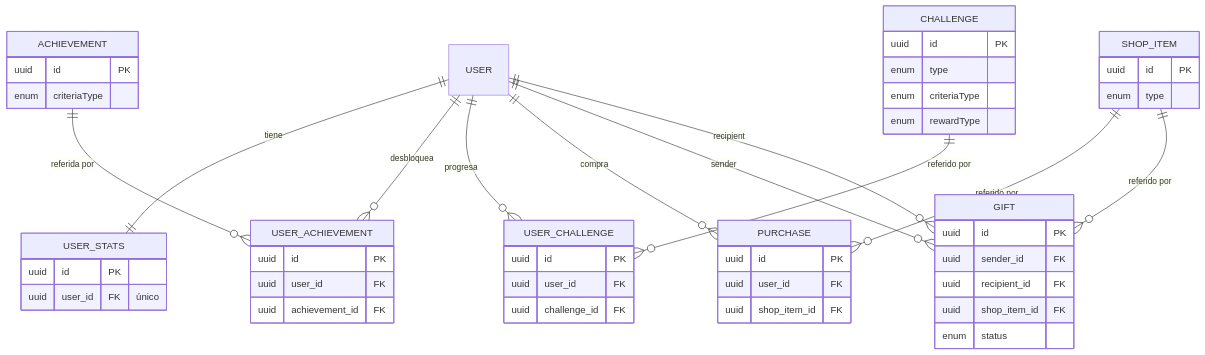
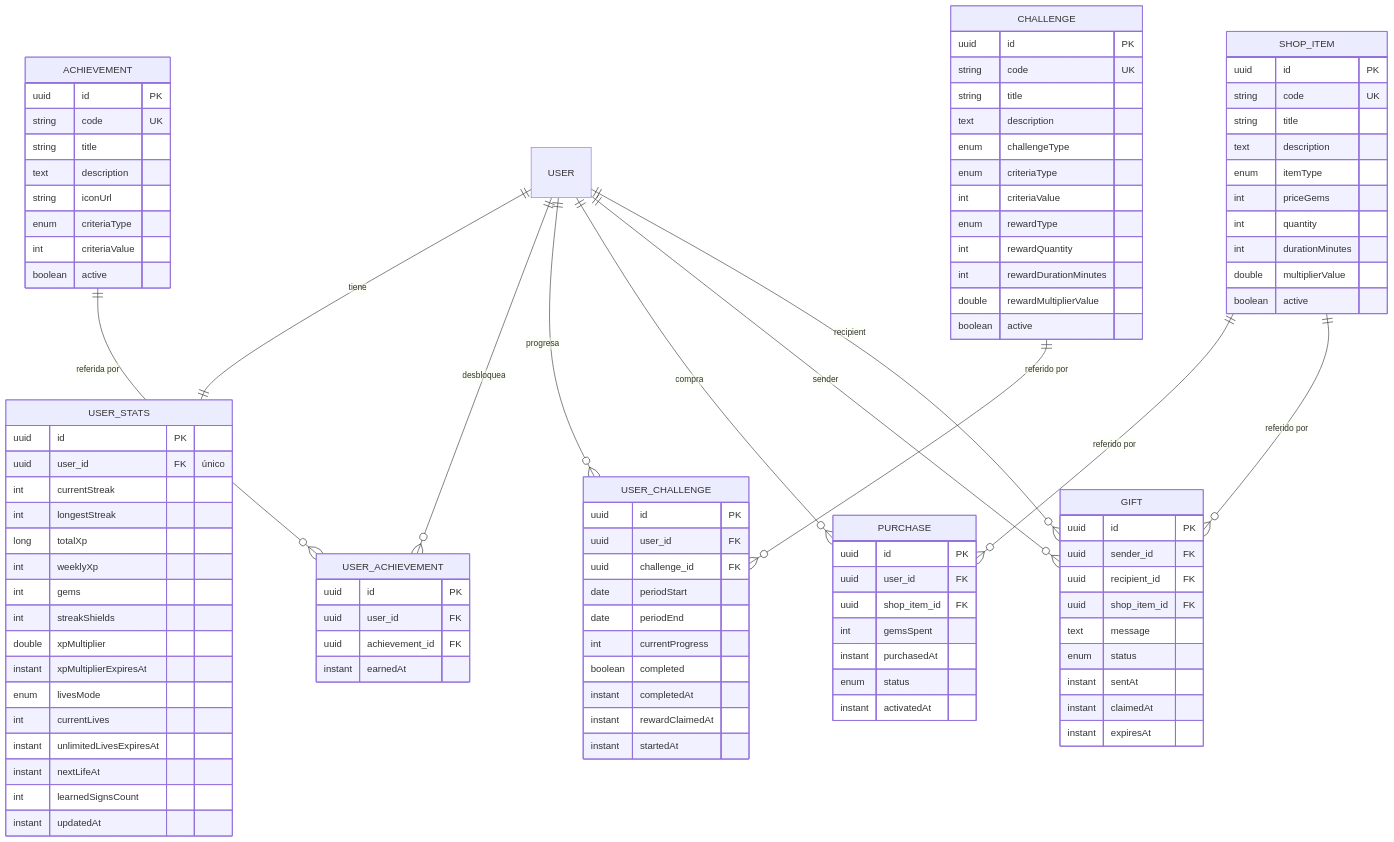
Before and after one commit to signasource/signa-api: the fifth of 6 diagrams in docs/diagrams/er.md, drawn with Mermaid. The commit also changed other lines of this file and 202 other files, not shown here.

````diff
--- a/docs/diagrams/er.md
+++ b/docs/diagrams/er.md
@@ -144,41 +255,93 @@
     USER_STATS {
         uuid id PK
         uuid user_id FK "único"
+        int currentStreak
+        int longestStreak
+        long totalXp
+        int weeklyXp
+        int gems
+        int streakShields
+        double xpMultiplier
+        instant xpMultiplierExpiresAt
+        enum livesMode
+        int currentLives
+        instant unlimitedLivesExpiresAt
+        instant nextLifeAt
+        int learnedSignsCount
+        instant updatedAt
     }
     ACHIEVEMENT {
         uuid id PK
+        string code UK
+        string title
+        text description
+        string iconUrl
         enum criteriaType
+        int criteriaValue
+        boolean active
     }
     USER_ACHIEVEMENT {
         uuid id PK
         uuid user_id FK
         uuid achievement_id FK
+        instant earnedAt
     }
     CHALLENGE {
         uuid id PK
-        enum type
+        string code UK
+        string title
+        text description
+        enum challengeType
         enum criteriaType
+        int criteriaValue
         enum rewardType
+        int rewardQuantity
+        int rewardDurationMinutes
+        double rewardMultiplierValue
+        boolean active
     }
     USER_CHALLENGE {
         uuid id PK
         uuid user_id FK
         uuid challenge_id FK
+        date periodStart
+        date periodEnd
+        int currentProgress
+        boolean completed
+        instant completedAt
+        instant rewardClaimedAt
+        instant startedAt
     }
     SHOP_ITEM {
         uuid id PK
-        enum type
+        string code UK
+        string title
+        text description
+        enum itemType
+        int priceGems
+        int quantity
+        int durationMinutes
+        double multiplierValue
+        boolean active
     }
     PURCHASE {
         uuid id PK
         uuid user_id FK
         uuid shop_item_id FK
+        int gemsSpent
+        instant purchasedAt
+        enum status
+        instant activatedAt
     }
     GIFT {
         uuid id PK
         uuid sender_id FK
         uuid recipient_id FK
         uuid shop_item_id FK
+        text message
         enum status
+        instant sentAt
+        instant claimedAt
+        instant expiresAt
     }
 ```
````
